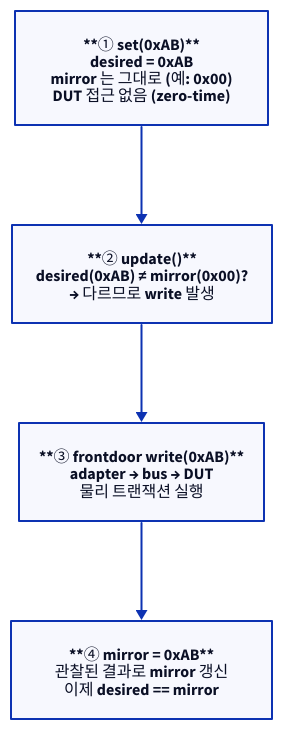
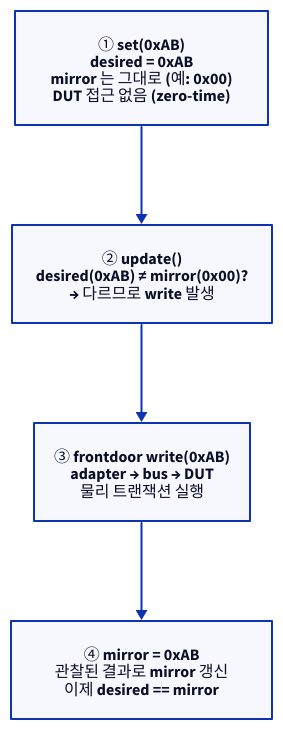
The second of 5 diagrams in starlight_site/src/content/docs/uvm/07_register_layer_ral.md (humbleowl39/DV_SKOOL), drawn with D2 before and after one commit. The commit also changed other lines of this file and 714 other files, not shown here.

First line of the commit message:
fix(site): d2 다이어그램 가독성 결함 6종 일괄 수정

````diff
--- a/starlight_site/src/content/docs/uvm/07_register_layer_ral.md
+++ b/starlight_site/src/content/docs/uvm/07_register_layer_ral.md
@@ -134,9 +134,9 @@
 ```d2
 direction: down
 
-S1: "**① set(0xAB)**\ndesired = 0xAB\nmirror 는 그대로 (예: 0x00)\nDUT 접근 없음 (zero-time)"
-S2: "**② update()**\ndesired(0xAB) ≠ mirror(0x00)?\n→ 다르므로 write 발생"
-S3: "**③ frontdoor write(0xAB)**\nadapter → bus → DUT\n물리 트랜잭션 실행"
-S4: "**④ mirror = 0xAB**\n관찰된 결과로 mirror 갱신\n이제 desired == mirror"
+S1: "① set(0xAB)\ndesired = 0xAB\nmirror 는 그대로 (예: 0x00)\nDUT 접근 없음 (zero-time)"
+S2: "② update()\ndesired(0xAB) ≠ mirror(0x00)?\n→ 다르므로 write 발생"
+S3: "③ frontdoor write(0xAB)\nadapter → bus → DUT\n물리 트랜잭션 실행"
+S4: "④ mirror = 0xAB\n관찰된 결과로 mirror 갱신\n이제 desired == mirror"
 S1 -> S2 -> S3 -> S4
 ```
````
